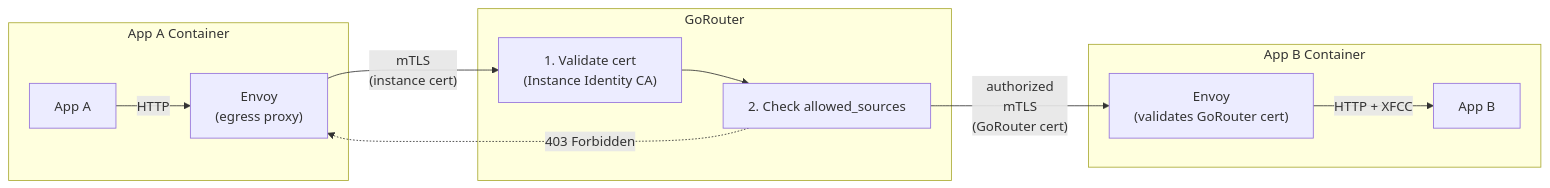
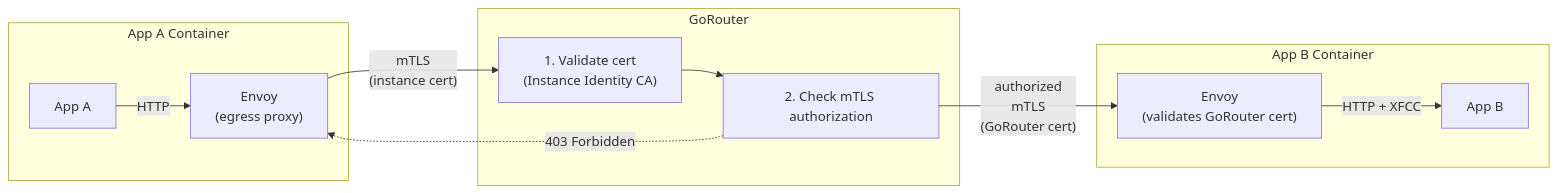
One commit to cloudfoundry/community changed the diagram in toc/rfc/rfc-draft-app-to-app-mtls-routing.md. Above: the diagram before and after it, drawn with Mermaid. The commit also changed other lines of this file, not shown here.

````diff
--- a/toc/rfc/rfc-draft-app-to-app-mtls-routing.md
+++ b/toc/rfc/rfc-draft-app-to-app-mtls-routing.md
@@ -37,24 +37,24 @@
 ```mermaid
 flowchart LR
     subgraph "App A Container"
         AppA["App A"]
         ProxyA["Envoy<br/>(egress proxy)"]
     end
     
     subgraph "GoRouter"
         GR["1. Validate cert<br/>(Instance Identity CA)"]
-        Auth["2. Check allowed_sources"]
+        Auth["2. Check mTLS authorization"]
     end
     
     subgraph "App B Container"
         ProxyB["Envoy<br/>(validates GoRouter cert)"]
         AppB["App B"]
     end
     
     AppA -->|"HTTP"| ProxyA
     ProxyA -->|"mTLS<br/>(instance cert)"| GR
     GR --> Auth
     Auth -->|"authorized<br/>mTLS<br/>(GoRouter cert)"| ProxyB
     Auth -.->|"403 Forbidden"| ProxyA
     ProxyB -->|"HTTP + XFCC"| AppB
 ```
````
